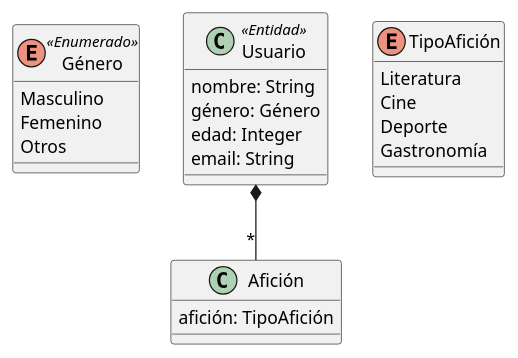
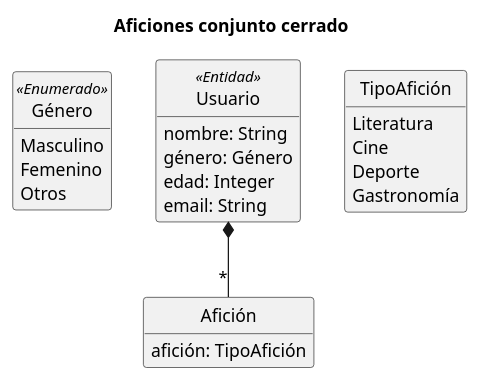
One commit to IISSI-US/silence-db changed the diagram in _sql/AficionesEst/diagrams.puml. Above: the diagram before and after it, drawn with PlantUML. The commit also changed 1 other file, not shown here.

Commit message:
Diagramas de aficiones

```diff
--- a/_sql/AficionesEst/diagrams.puml
+++ b/_sql/AficionesEst/diagrams.puml
@@ -1,25 +1,30 @@
 @startuml aficiones-est-dc
 
-Enum Género << Enumerado >>{
-    Masculino
-    Femenino
-    Otros
-} 
+    title "Aficiones conjunto cerrado"
+    
+    hide circle
+    hide empty members  
+
+    Enum Género << Enumerado >>{
+        Masculino
+        Femenino
+        Otros
+    } 
     Class Usuario << Entidad >>{
         nombre: String
         género: Género
         edad: Integer
         email: String
     } 
     Class Afición {
         afición: TipoAfición
     } 
     Enum TipoAfición {
         Literatura 
         Cine
         Deporte 
         Gastronomía
     } 
 
     Usuario *-- "*" Afición
 @enduml
```
